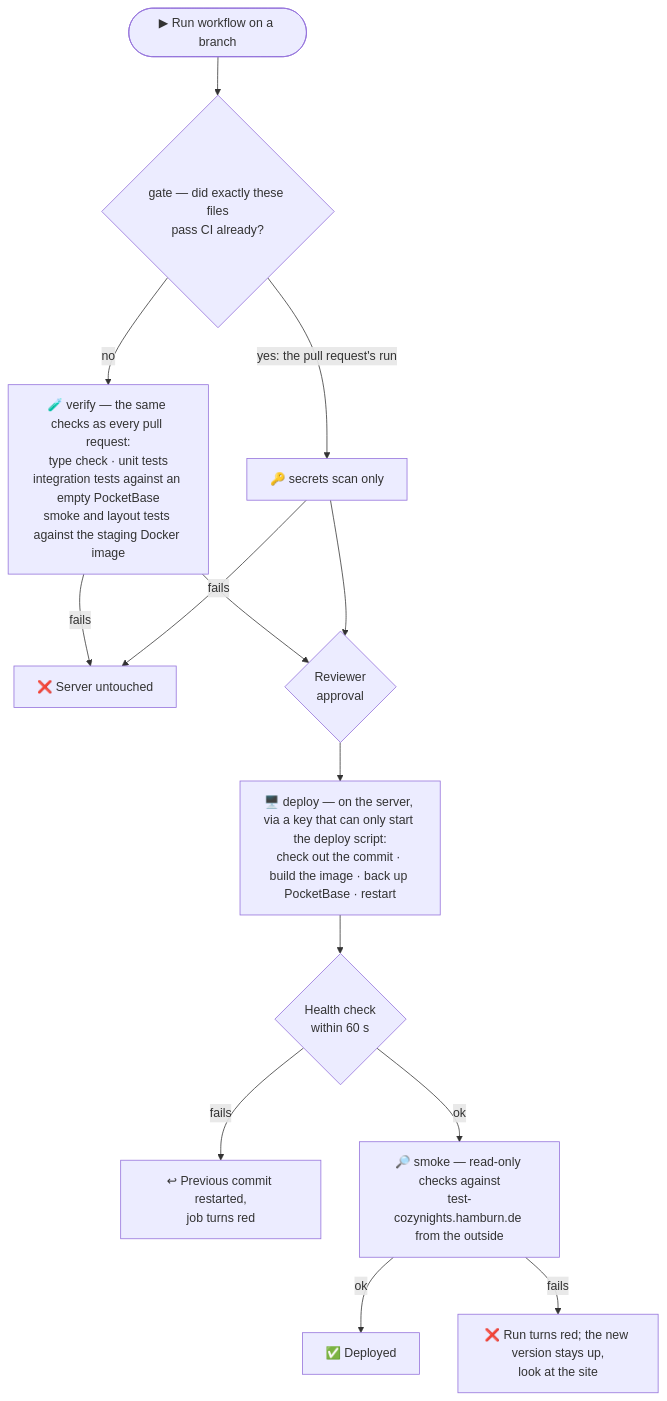
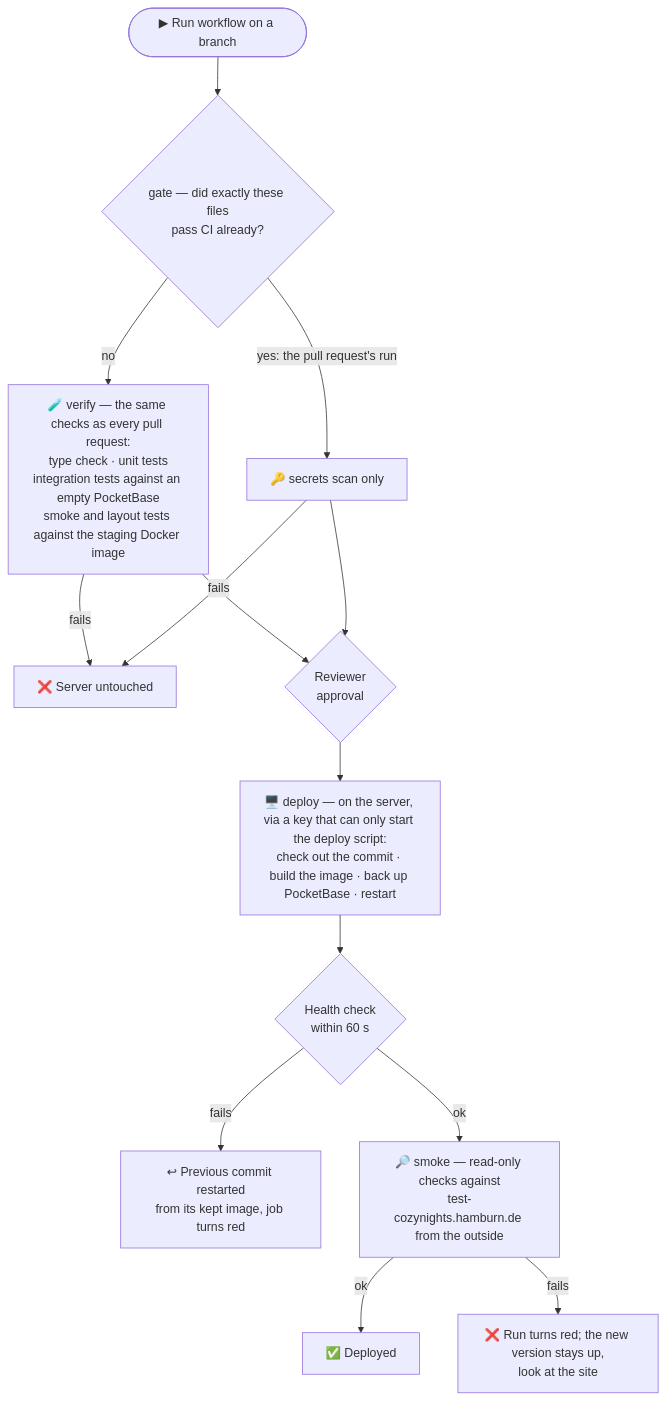
Before and after one commit to MorpheusMXML/hamburn-cozynights: the second of 2 diagrams in docs/develop/deployment.md, drawn with Mermaid. The commit also changed other lines of this file and 4 other files, not shown here.

````diff
--- a/docs/develop/deployment.md
+++ b/docs/develop/deployment.md
@@ -68,16 +68,16 @@
 ```mermaid
 flowchart TD
   run(["▶ Run workflow on a branch"]) --> gate{"gate — did exactly these files<br/>pass CI already?"}
   gate -- "yes: the pull request's run" --> secrets["🔑 secrets scan only"]
   gate -- no --> verify["🧪 verify — the same checks as every pull request:<br/>type check · unit tests<br/>integration tests against an empty PocketBase<br/>smoke and layout tests against the staging Docker image"]
   verify -- fails --> stop1["❌ Server untouched"]
   secrets -- fails --> stop1
   verify --> approve{"Reviewer<br/>approval"}
   secrets --> approve
   approve --> server["🖥️ deploy — on the server, via a key that can only start the deploy script:<br/>check out the commit · build the image · back up PocketBase · restart"]
   server --> health{"Health check<br/>within 60 s"}
-  health -- fails --> rollback["↩ Previous commit restarted,<br/>job turns red"]
+  health -- fails --> rollback["↩ Previous commit restarted<br/>from its kept image, job turns red"]
   health -- ok --> smoke["🔎 smoke — read-only checks against<br/>test-cozynights.hamburn.de from the outside"]
   smoke -- ok --> done["✅ Deployed"]
   smoke -- fails --> red["❌ Run turns red; the new version stays up,<br/>look at the site"]
 ```
````
